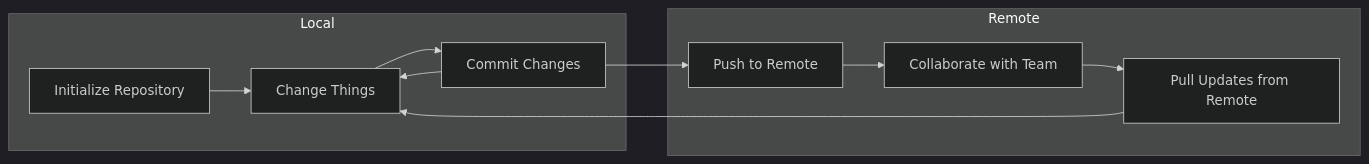
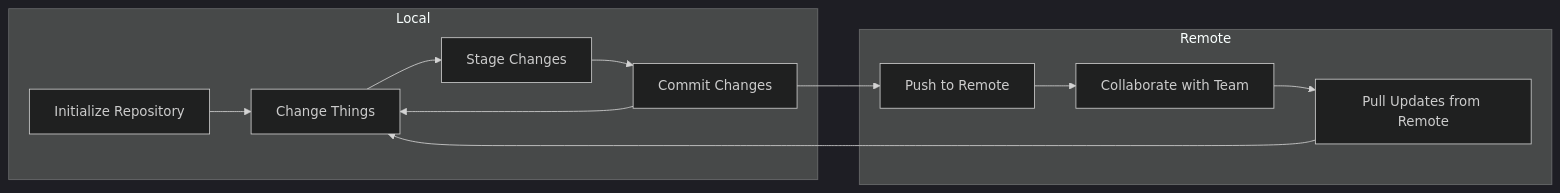
The third of 5 diagrams in git/version-control-for-researchers/slides.md (DeastinY/teaching), drawn with Mermaid before and after one commit. The commit also changed other lines of this file and 8 other files, not shown here.

````diff
--- a/git/version-control-for-researchers/slides.md
+++ b/git/version-control-for-researchers/slides.md
@@ -253,15 +271,16 @@
 ```mermaid
 %%{init: {'theme': 'dark', 'themeVariables': { 'darkMode': true}}}%%
 flowchart LR
     subgraph Local
         A[Initialize Repository] --> B[Change Things]
-        B --> C[Commit Changes]
+        B --> S[Stage Changes]
+        S --> C[Commit Changes]
     end
     subgraph Remote
         C --> F
         F[Push to Remote] --> G[Collaborate with Team]
         G --> H[Pull Updates from Remote]
     end
     C --> B
     H --> B
 ```
````
